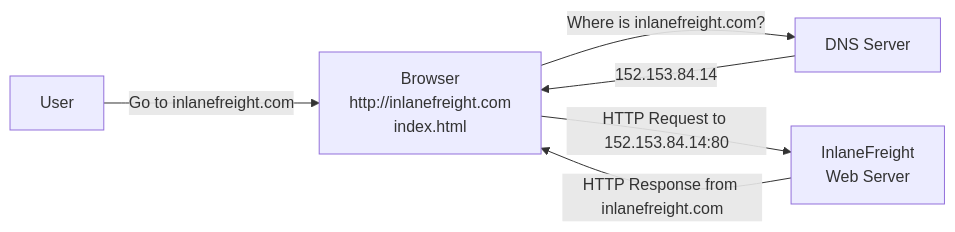
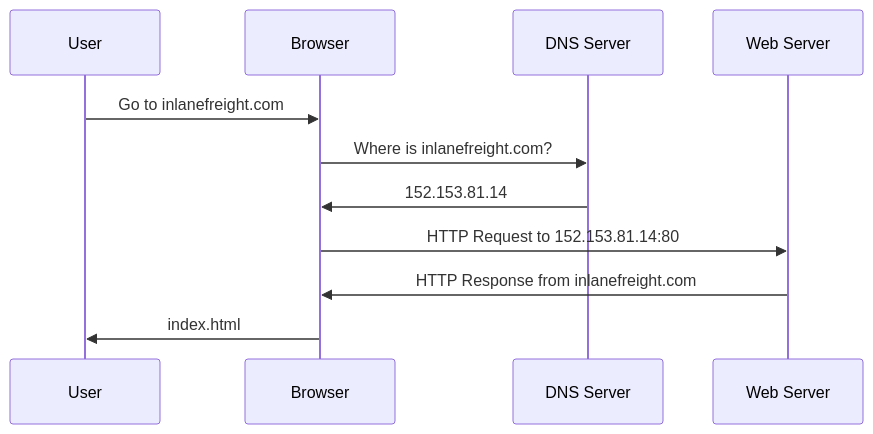
The first of 2 diagrams in htb-academy-notes.md (CandyyPL/cybersec-notes), drawn with Mermaid before and after one commit.

Commit message:
changes in academy notes

````diff
--- a/htb-academy-notes.md
+++ b/htb-academy-notes.md
@@ -30,11 +30,14 @@
 ```mermaid
-flowchart LR
-    u["`User`"] -- "`Go to inlanefreight.com`" --> b["`Browser
-    http://inlanefreight.com
-    index.html`"]
-    b -- "`Where is inlanefreight.com?`" --> dns
-    dns["`DNS Server`"] -- "`152.153.84.14`" --> b
-    b -- "`HTTP Request to 152.153.84.14:80`" --> ws["`InlaneFreight
-    Web Server`"]
-    ws -- "`HTTP Response from inlanefreight.com`" --> b
+sequenceDiagram
+  participant u as User
+  participant b as Browser
+  participant ds as DNS Server
+  participant ws as Web Server
+
+  u ->> b: Go to inlanefreight.com
+  b ->> ds: Where is inlanefreight.com?
+  ds ->> b: 152.153.81.14
+  b ->> ws: HTTP Request to 152.153.81.14:80
+  ws ->> b: HTTP Response from inlanefreight.com
+  b ->> u: index.html
 ```
````
